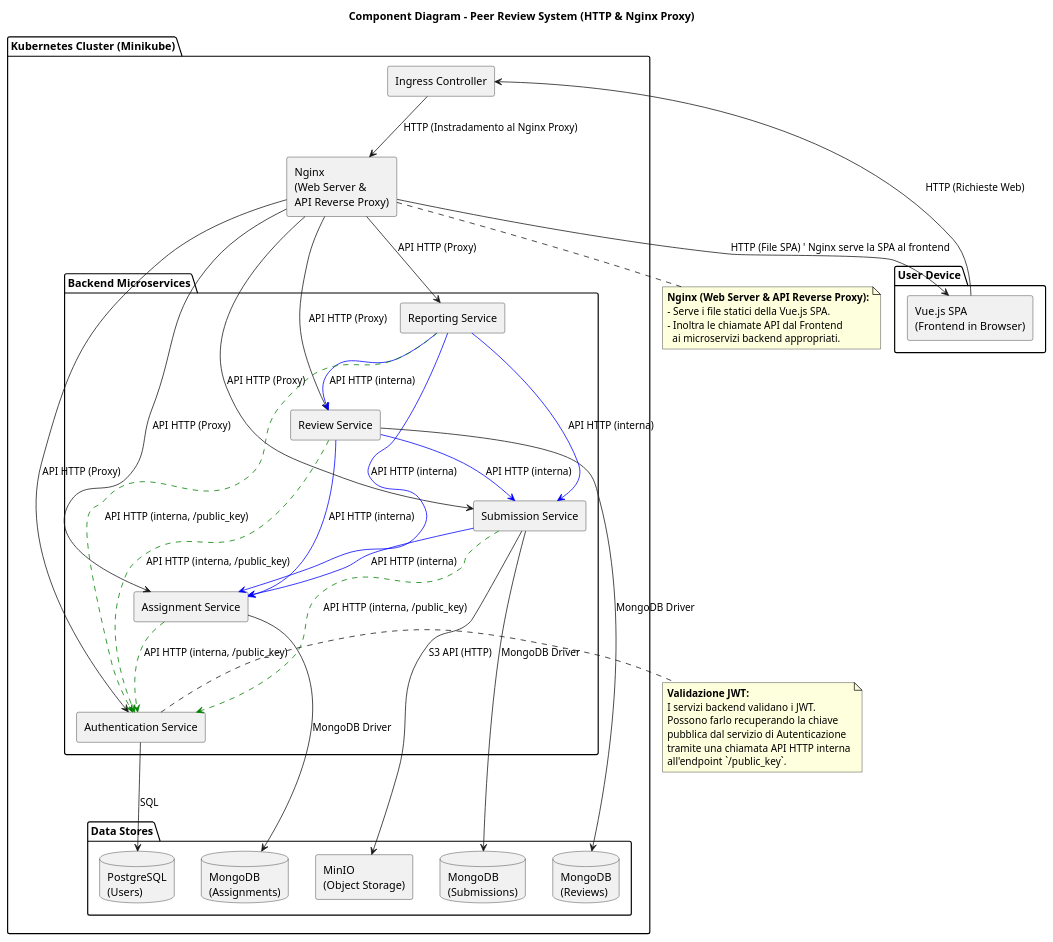
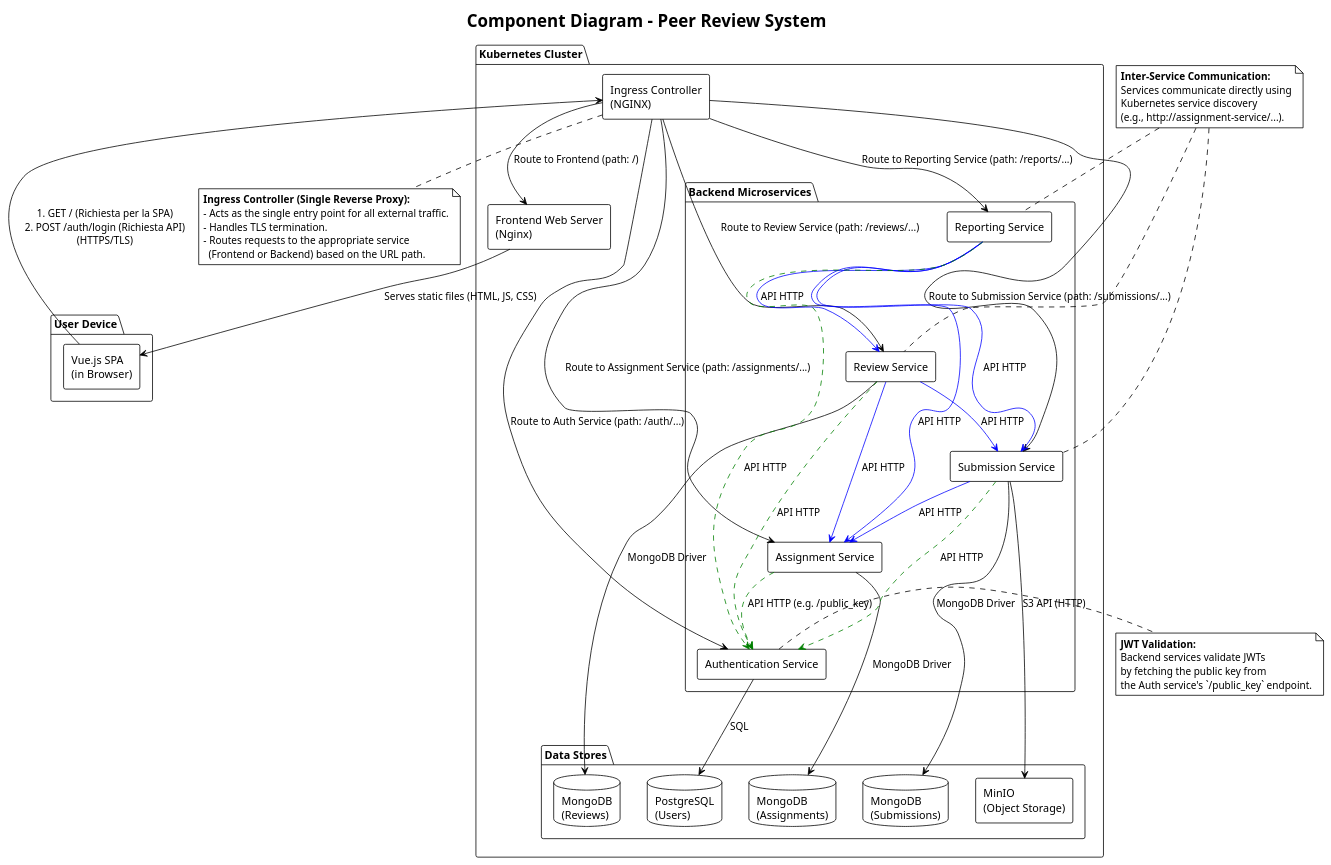
One commit to EmmeOnWork/peer-review-platform changed the diagram in Documentation/Diagrams/ComponentsDiagram.puml. Above: the diagram before and after it, drawn with PlantUML. The commit also changed 63 other files, not shown here.

```diff
--- a/Documentation/Diagrams/ComponentsDiagram.puml
+++ b/Documentation/Diagrams/ComponentsDiagram.puml
@@ -1,91 +1,103 @@
 @startuml
+!theme plain
 skinparam componentStyle rectangle
-title Component Diagram – Peer Review System (HTTP & Nginx Proxy)
+title Component Diagram – Peer Review System 
 
 package "User Device" {
-  component "Vue.js SPA\n(Frontend in Browser)" as FrontendApp
+  component "Vue.js SPA\n(in Browser)" as FrontendApp
 }
 
-package "Kubernetes Cluster (Minikube)" {
+package "Kubernetes Cluster" {
   
-  component "Ingress Controller" as Ingress
-  
-  component "Nginx\n(Web Server &\nAPI Reverse Proxy)" as NginxProxy
+  ' L'Ingress Controller è l'unico punto di ingresso e reverse proxy.
+  component "Ingress Controller\n(NGINX)" as Ingress
+
+  ' Questo Nginx serve solo i file statici, non fa più da proxy.
+  component "Frontend Web Server\n(Nginx)" as FrontendWebServer
 
   package "Backend Microservices" {
     component "Authentication Service" as Auth
     component "Assignment Service" as Assignment
     component "Submission Service" as Submission
     component "Review Service" as Review
     component "Reporting Service" as Reporting
   }
 
   package "Data Stores" {
     database "PostgreSQL\n(Users)" as DBAuth
     database "MongoDB\n(Assignments)" as DBAssignment
     database "MongoDB\n(Submissions)" as DBSubmission
     database "MongoDB\n(Reviews)" as DBReview
     component "MinIO\n(Object Storage)" as MinIOStorage
   }
 }
 
 
 ' === Flusso Utente e API ===
-FrontendApp --> Ingress : HTTP (Richieste Web)
-Ingress --> NginxProxy : HTTP (Instradamento al Nginx Proxy)
-
-NginxProxy --> FrontendApp : HTTP (File SPA) ' Nginx serve la SPA al frontend
-NginxProxy --> Auth : API HTTP (Proxy)
-NginxProxy --> Assignment : API HTTP (Proxy)
-NginxProxy --> Submission : API HTTP (Proxy)
-NginxProxy --> Review : API HTTP (Proxy)
-NginxProxy --> Reporting : API HTTP (Proxy)
+' L'utente nel browser fa due tipi di richieste, entrambe dirette all'Ingress.
+FrontendApp --> Ingress : "1. GET / (Richiesta per la SPA)\n2. POST /auth/login (Richiesta API)\n(HTTPS/TLS)"
 
 
-' === Accesso ai Database ===
+' L'Ingress instrada il traffico in base al path.
+Ingress --> FrontendWebServer : "Route to Frontend (path: /)"
+Ingress --> Auth : "Route to Auth Service (path: /auth/...)"
+Ingress --> Assignment : "Route to Assignment Service (path: /assignments/...)"
+Ingress --> Submission : "Route to Submission Service (path: /submissions/...)"
+Ingress --> Review : "Route to Review Service (path: /reviews/...)"
+Ingress --> Reporting : "Route to Reporting Service (path: /reports/...)"
+
+FrontendWebServer --> FrontendApp : "Serves static files (HTML, JS, CSS)"
+
+
+' === Accesso ai Database (invariato) ===
 Auth --> DBAuth : SQL
 Assignment --> DBAssignment : MongoDB Driver
 Submission --> DBSubmission : MongoDB Driver
 Review --> DBReview : MongoDB Driver
 
 
-' === Interazioni con Object Storage ===
+' === Interazioni con Object Storage (invariato) ===
 Submission --> MinIOStorage : S3 API (HTTP)
 
 
-' === Chiamate API Inter-Servizio (HTTP, interne al cluster) ===
-' Queste chiamate avvengono direttamente tra i servizi.
-Review -[#blue]-> Assignment : API HTTP (interna)
-Review -[#blue]-> Submission : API HTTP (interna)
-Submission -[#blue]-> Assignment : API HTTP (interna)
-Reporting -[#blue]-> Assignment : API HTTP (interna)
-Reporting -[#blue]-> Submission : API HTTP (interna)
-Reporting -[#blue]-> Review : API HTTP (interna)
+' === Chiamate API Inter-Servizio (interne al cluster) ===
+note as InterServiceNote
+  **Inter-Service Communication:**
+  Services communicate directly using
+  Kubernetes service discovery
+  (e.g., http://assignment-service/...).
+end note
+InterServiceNote .. Review
+InterServiceNote .. Submission
+InterServiceNote .. Reporting
+
+Review -[#blue]-> Assignment : API HTTP
+Review -[#blue]-> Submission : API HTTP
+Submission -[#blue]-> Assignment : API HTTP
+Reporting -[#blue]-> Assignment : API HTTP
+Reporting -[#blue]-> Submission : API HTTP
+Reporting -[#blue]-> Review : API HTTP
 
 
-' === Dipendenze per Validazione JWT (Recupero Chiave Pubblica) ===
-' Tutti i servizi che necessitano di validare un token potrebbero recuperare la chiave pubblica da Auth.
-' Questa è una chiamata API HTTP interna al servizio Auth.
-Assignment .[#green].> Auth : API HTTP (interna, /public_key)
-Submission .[#green].> Auth : API HTTP (interna, /public_key)
-Review .[#green].> Auth : API HTTP (interna, /public_key)
-Reporting .[#green].> Auth : API HTTP (interna, /public_key)
+' === Dipendenze per Validazione JWT (invariato) ===
+note right of Auth
+  **JWT Validation:**
+  Backend services validate JWTs
+  by fetching the public key from
+  the Auth service's `/public_key` endpoint.
+end note
+Assignment .[#green].> Auth : API HTTP (e.g. /public_key)
+Submission .[#green].> Auth : API HTTP
+Review .[#green].> Auth : API HTTP
+Reporting .[#green].> Auth : API HTTP
 
 
-note right of Auth
-  **Validazione JWT:**
-  I servizi backend validano i JWT.
-  Possono farlo recuperando la chiave
-  pubblica dal servizio di Autenticazione
-  tramite una chiamata API HTTP interna
-  all'endpoint `/public_key`.
-end note
-
-note bottom of NginxProxy
-  **Nginx (Web Server & API Reverse Proxy):**
-  - Serve i file statici della Vue.js SPA.
-  - Inoltra le chiamate API dal Frontend
-    ai microservizi backend appropriati.
+note bottom of Ingress
+  **Ingress Controller (Single Reverse Proxy):**
+  - Acts as the single entry point for all external traffic.
+  - Handles TLS termination.
+  - Routes requests to the appropriate service
+    (Frontend or Backend) based on the URL path.
 end note
 
 @enduml
```
